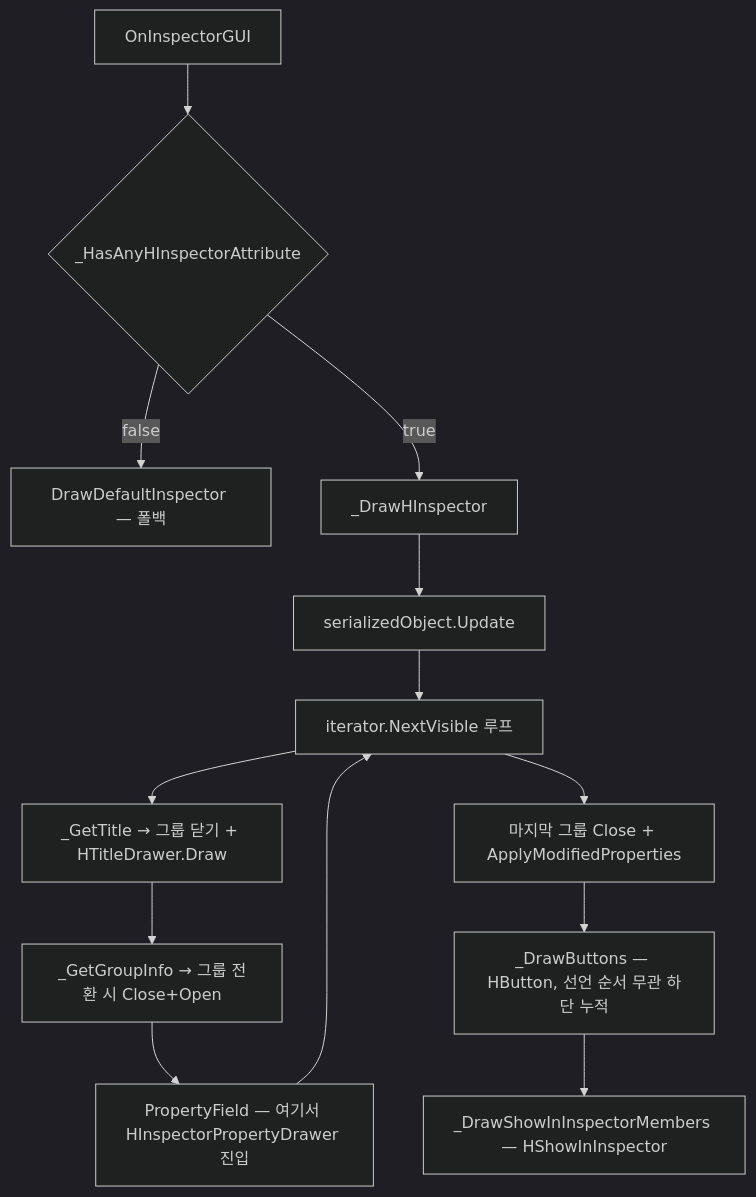
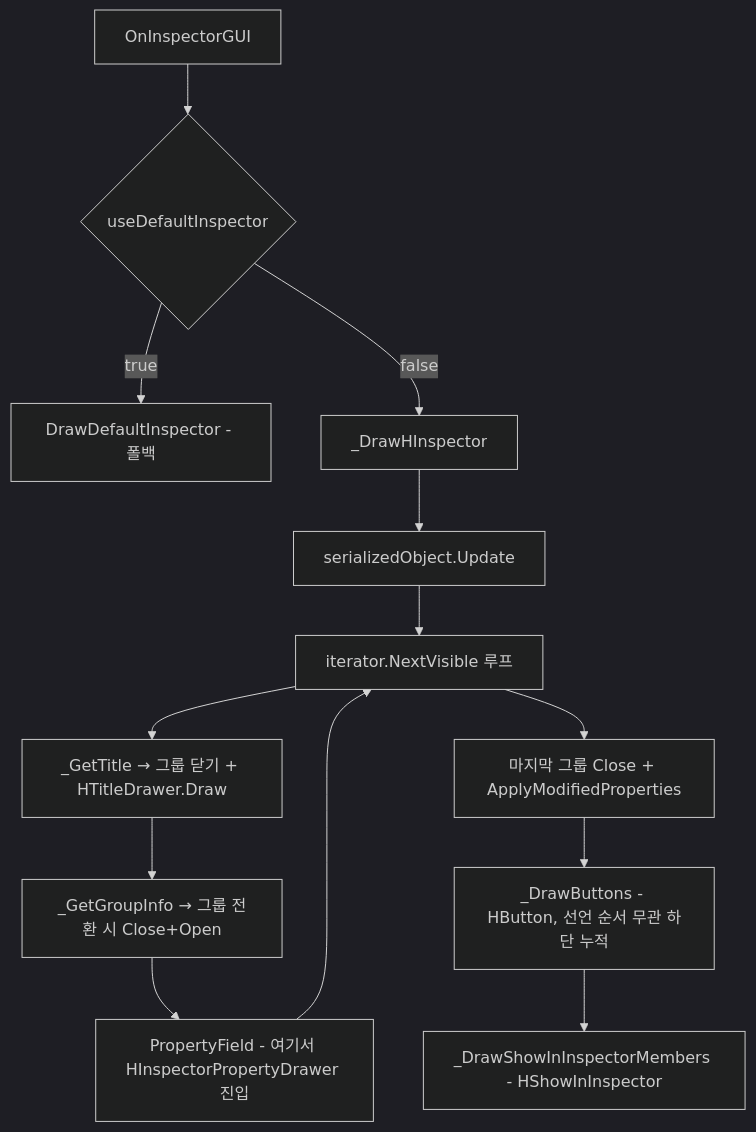
Before and after one commit to HoHong123/HCUP-Unity: the second of 5 diagrams in HInspector/Editor/README.md, drawn with Mermaid (dark theme). The commit also changed other lines of this file, not shown here.

Commit message:
[Docs] 📝 21.09.26 Refresh HInspector/Editor README against current code and move stale notes to history

````diff
--- a/HInspector/Editor/README.md
+++ b/HInspector/Editor/README.md
@@ -106,15 +117,15 @@
 ```mermaid
 flowchart TD
-    A["OnInspectorGUI"] --> B{"_HasAnyHInspectorAttribute"}
-    B -->|false| C["DrawDefaultInspector — 폴백"]
-    B -->|true| D["_DrawHInspector"]
+    A["OnInspectorGUI"] --> B{"useDefaultInspector"}
+    B -->|true| C["DrawDefaultInspector - 폴백"]
+    B -->|false| D["_DrawHInspector"]
     D --> E["serializedObject.Update"]
     E --> F["iterator.NextVisible 루프"]
     F --> G["_GetTitle → 그룹 닫기 + HTitleDrawer.Draw"]
     G --> H["_GetGroupInfo → 그룹 전환 시 Close+Open"]
-    H --> I["PropertyField — 여기서 HInspectorPropertyDrawer 진입"]
+    H --> I["PropertyField - 여기서 HInspectorPropertyDrawer 진입"]
     I --> F
     F --> J["마지막 그룹 Close + ApplyModifiedProperties"]
-    J --> K["_DrawButtons — HButton, 선언 순서 무관 하단 누적"]
-    K --> L["_DrawShowInInspectorMembers — HShowInInspector"]
+    J --> K["_DrawButtons - HButton, 선언 순서 무관 하단 누적"]
+    K --> L["_DrawShowInInspectorMembers - HShowInInspector"]
 ```
````
